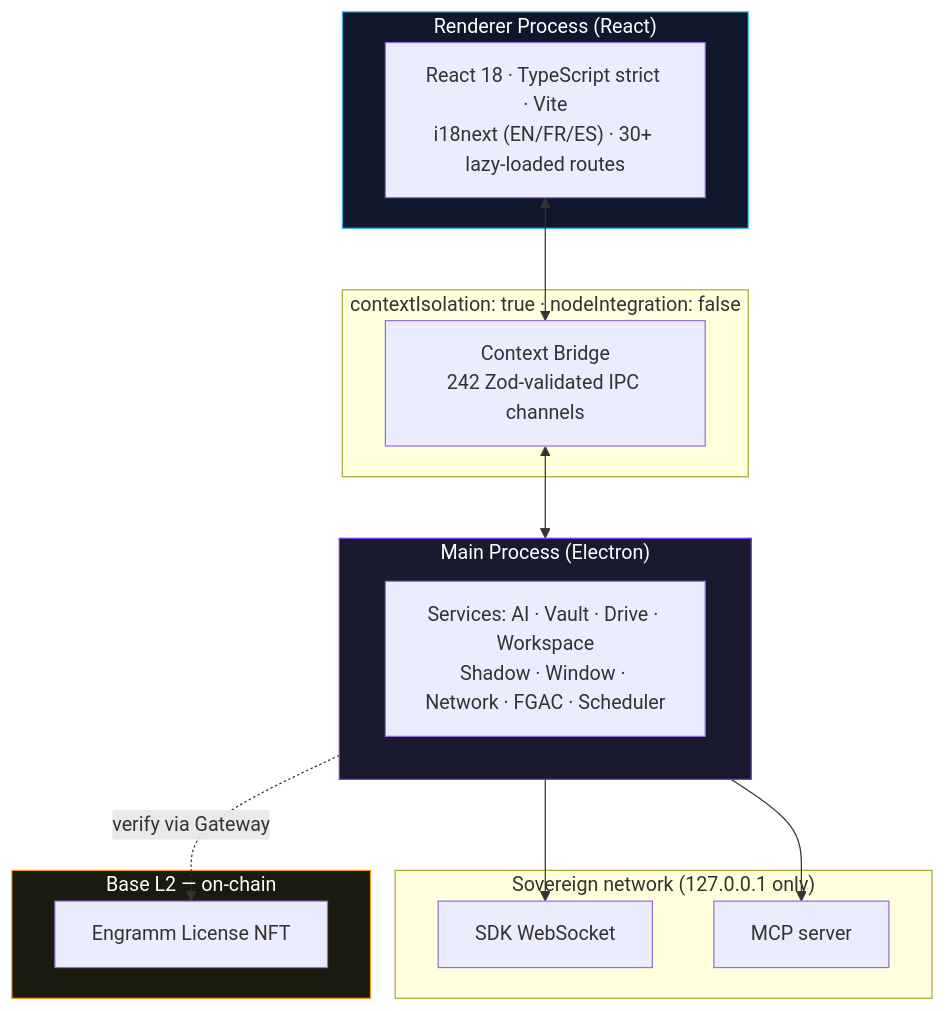
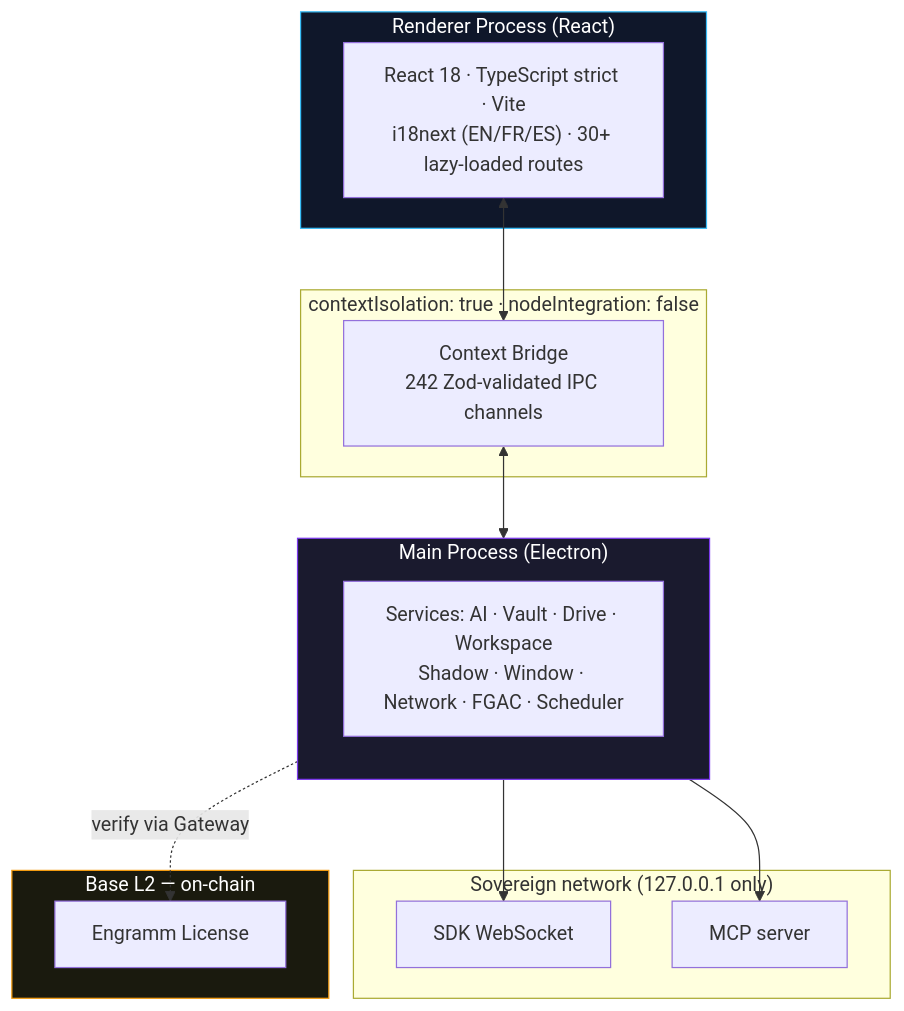
Before and after one commit to Mnemosyne-OS/Mnemosyne-Neural-OS: the second of 3 diagrams in README.md, drawn with Mermaid. The commit also changed other lines of this file, not shown here.

Commit message:
docs(readme): drop the word "NFT" — talk about Engramm only
Same cosmetic branding pass as the private repo: "Engramm" already carries the
meaning, no need to name the underlying token mechanism in reader-facing prose
or diagrams. Renamed the mermaid node id NFT -> ENGRAMM to match.

````diff
--- a/README.md
+++ b/README.md
@@ -180,33 +180,33 @@
 ```mermaid
 flowchart TB
     subgraph Renderer["Renderer Process (React)"]
         UI["React 18 · TypeScript strict · Vite<br/>i18next (EN/FR/ES) · 30+ lazy-loaded routes"]
     end
 
     subgraph Bridge["contextIsolation: true · nodeIntegration: false"]
         CB["Context Bridge<br/>242 Zod-validated IPC channels"]
     end
 
     subgraph Main["Main Process (Electron)"]
         SVC["Services: AI · Vault · Drive · Workspace<br/>Shadow · Window · Network · FGAC · Scheduler"]
     end
 
     subgraph Net["Sovereign network (127.0.0.1 only)"]
         SDKWS["SDK WebSocket"]
         MCP["MCP server"]
     end
 
     subgraph Chain["Base L2 — on-chain"]
-        NFT["Engramm License NFT"]
+        ENGRAMM["Engramm License"]
     end
 
     UI <--> CB
     CB <--> Main
     Main --> SDKWS
     Main --> MCP
-    Main -. verify via Gateway .-> NFT
+    Main -. verify via Gateway .-> ENGRAMM
 
     style Main fill:#1a1a2e,stroke:#7c3aed,color:#fff
     style Renderer fill:#0f172a,stroke:#38bdf8,color:#fff
     style Chain fill:#1a1a0e,stroke:#f39c12,color:#fff
 ```
````
